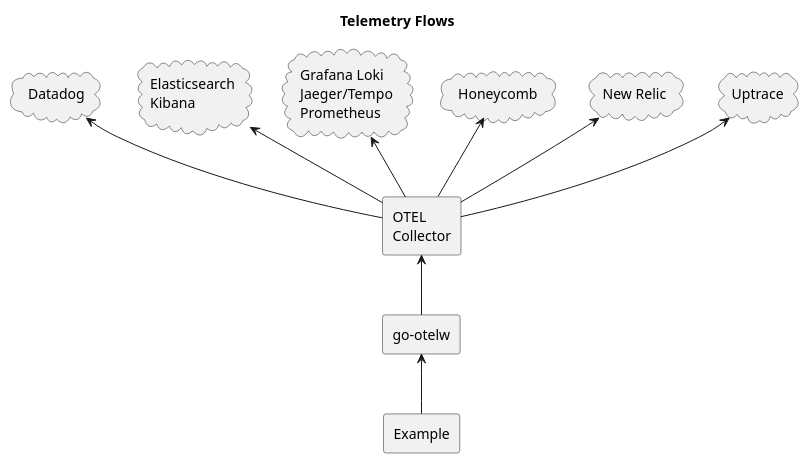
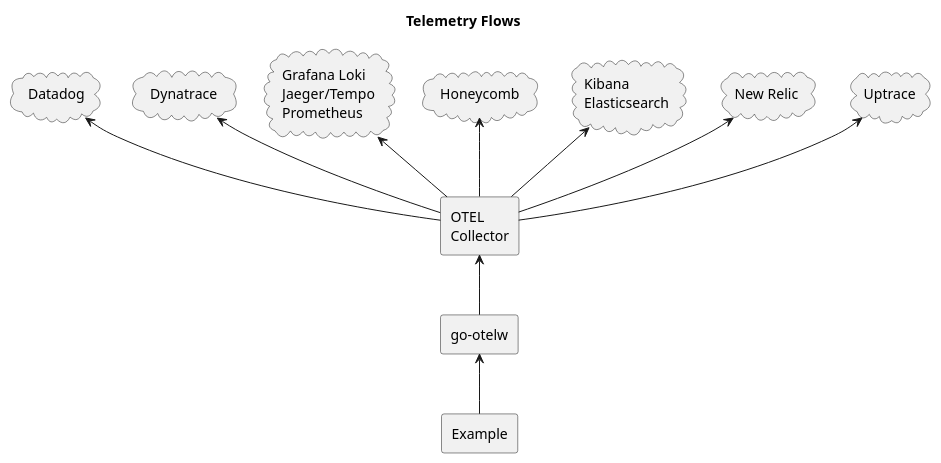
One commit to yolkhovyy/go-otelw changed the diagram in docs/diagrams/overview.puml. Above: the diagram before and after it, drawn with PlantUML. The commit also changed 17 other files, not shown here.

```diff
--- a/docs/diagrams/overview.puml
+++ b/docs/diagrams/overview.puml
@@ -1,26 +1,28 @@
 @startuml overview
 title Telemetry Flows
 ' left to right direction
 
 cloud "Datadog" as DD
-cloud "Elasticsearch\nKibana" as EK
+cloud "Dynatrace" as DT
+cloud "Kibana\nElasticsearch" as EK
 cloud "Grafana Loki\nJaeger/Tempo\nPrometheus" as G
 cloud "Honeycomb" as HC
 cloud "New Relic" as NR
 cloud "Uptrace" as UPT
 
 agent "go-otelw" as OW
 agent "OTEL\nCollector" as OC
 agent Example as EX
 
 OC -up-> UPT
 OC -up-> NR
+OC -up-> EK
 OC -up-> HC
 OC -up-> G
-OC -up-> EK
+OC -up-> DT
 OC -up-> DD
 
 EX -up-> OW
 OW -UP-> OC
 
 @enduml
```
